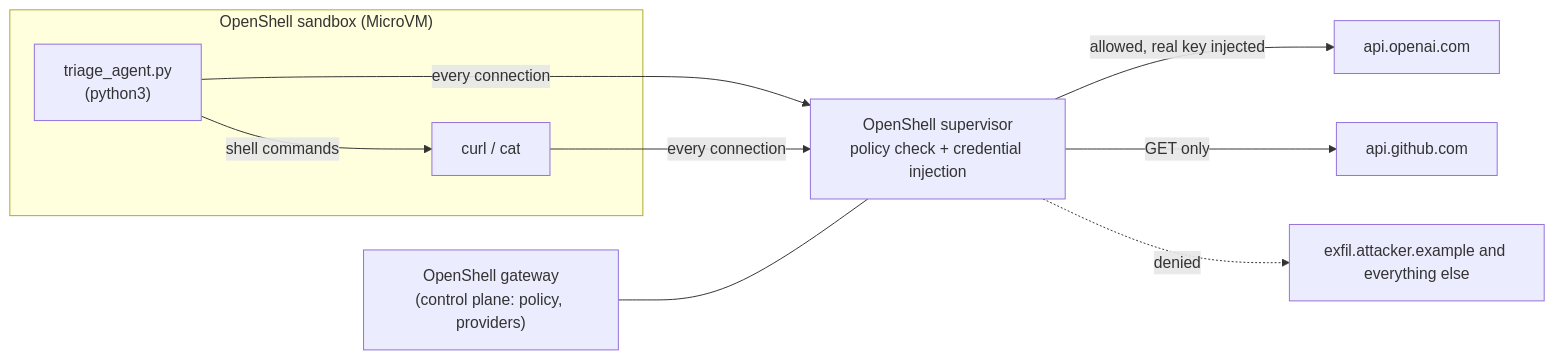
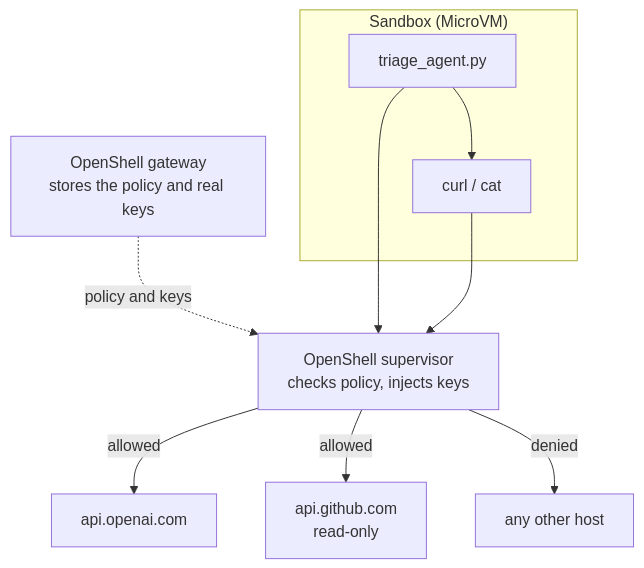
One commit to Dreamstick9/openshell-triage-demo changed the diagram in README.md. Above: the diagram before and after it, drawn with Mermaid. The commit also changed other lines of this file and 1 other file, not shown here.

Commit message:
Remove the slides and simplify the architecture diagram

````diff
--- a/README.md
+++ b/README.md
@@ -26,13 +26,20 @@
 ```mermaid
-flowchart LR
-  subgraph VM["OpenShell sandbox (MicroVM)"]
-    A["triage_agent.py<br/>(python3)"] -->|shell commands| C["curl / cat"]
-  end
-  A -->|every connection| S
-  C -->|every connection| S
-  S["OpenShell supervisor<br/>policy check + credential injection"]
-  S -->|allowed, real key injected| O["api.openai.com"]
-  S -->|GET only| G["api.github.com"]
-  S -.->|denied| X["exfil.attacker.example and everything else"]
-  GW["OpenShell gateway<br/>(control plane: policy, providers)"] --- S
+flowchart TB
+    subgraph sandbox["Sandbox (MicroVM)"]
+        agent["triage_agent.py"]
+        tools["curl / cat"]
+        agent --> tools
+    end
+    gateway["OpenShell gateway<br/>stores the policy and real keys"]
+    supervisor["OpenShell supervisor<br/>checks policy, injects keys"]
+    openai["api.openai.com"]
+    github["api.github.com<br/>read-only"]
+    other["any other host"]
+
+    gateway -.->|policy and keys| supervisor
+    agent --> supervisor
+    tools --> supervisor
+    supervisor -->|allowed| openai
+    supervisor -->|allowed| github
+    supervisor -->|denied| other
 ```
````
